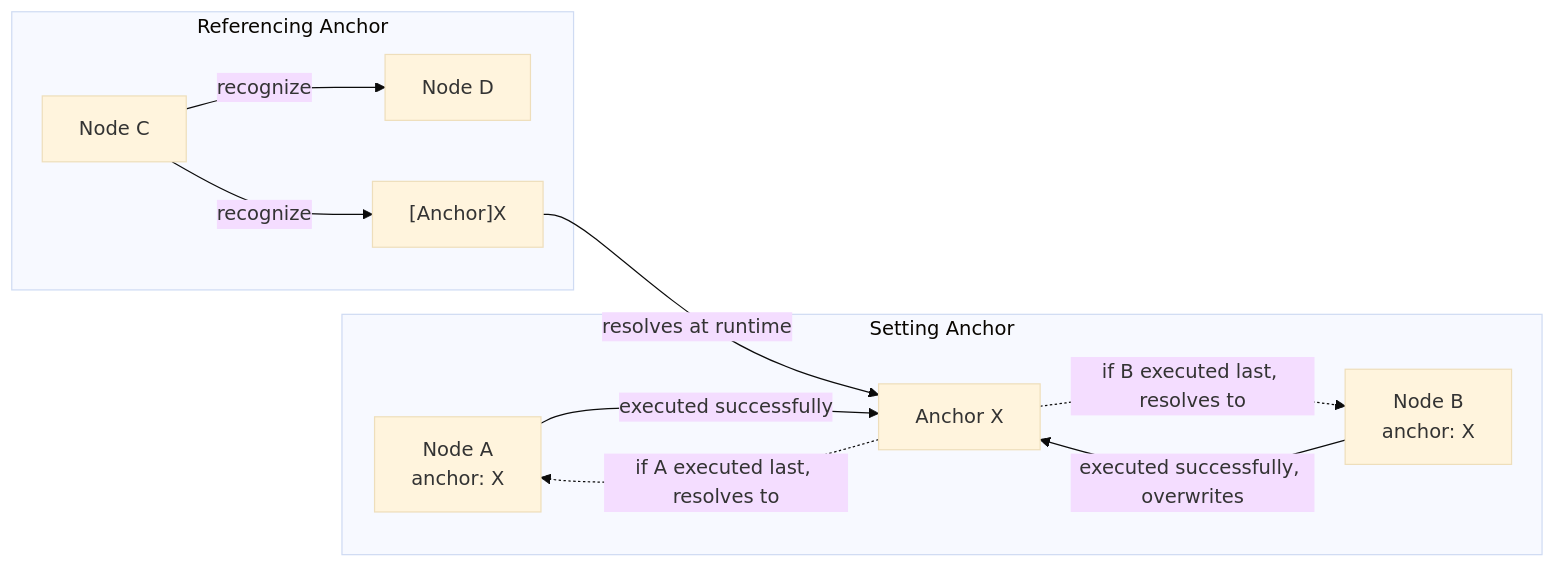
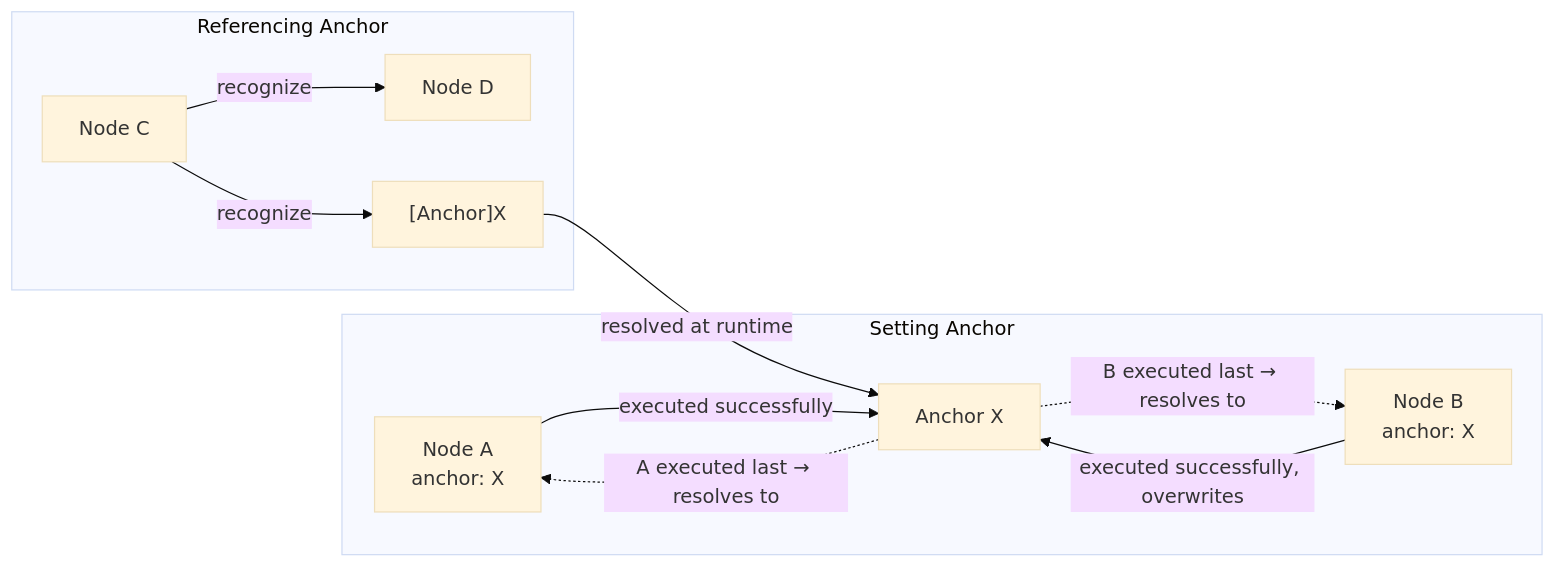
The fifth of 5 diagrams in docs/en_us/3.1-PipelineProtocol.md (MaaXYZ/MaaFramework), drawn with Mermaid (base theme) before and after one commit. The commit also changed 1 other file, not shown here.

Commit message:
Improve diagram labels for better consistency and readability

````diff
--- a/docs/en_us/3.1-PipelineProtocol.md
+++ b/docs/en_us/3.1-PipelineProtocol.md
@@ -436,14 +436,14 @@
 ```mermaid
 graph LR
     subgraph Setting Anchor
         A[Node A<br/>anchor: X] -->|executed successfully| X[Anchor X]
         B[Node B<br/>anchor: X] -->|executed successfully, overwrites| X
     end
     subgraph Referencing Anchor
         C[Node C] -->|recognize| D[Node D]
         C -->|recognize| E["[Anchor]X"]
-        E -->|resolves at runtime| X
-        X -.->|if A executed last, resolves to| A
-        X -.->|if B executed last, resolves to| B
+        E -->|resolved at runtime| X
+        X -.->|A executed last → resolves to| A
+        X -.->|B executed last → resolves to| B
     end
 ```
````
